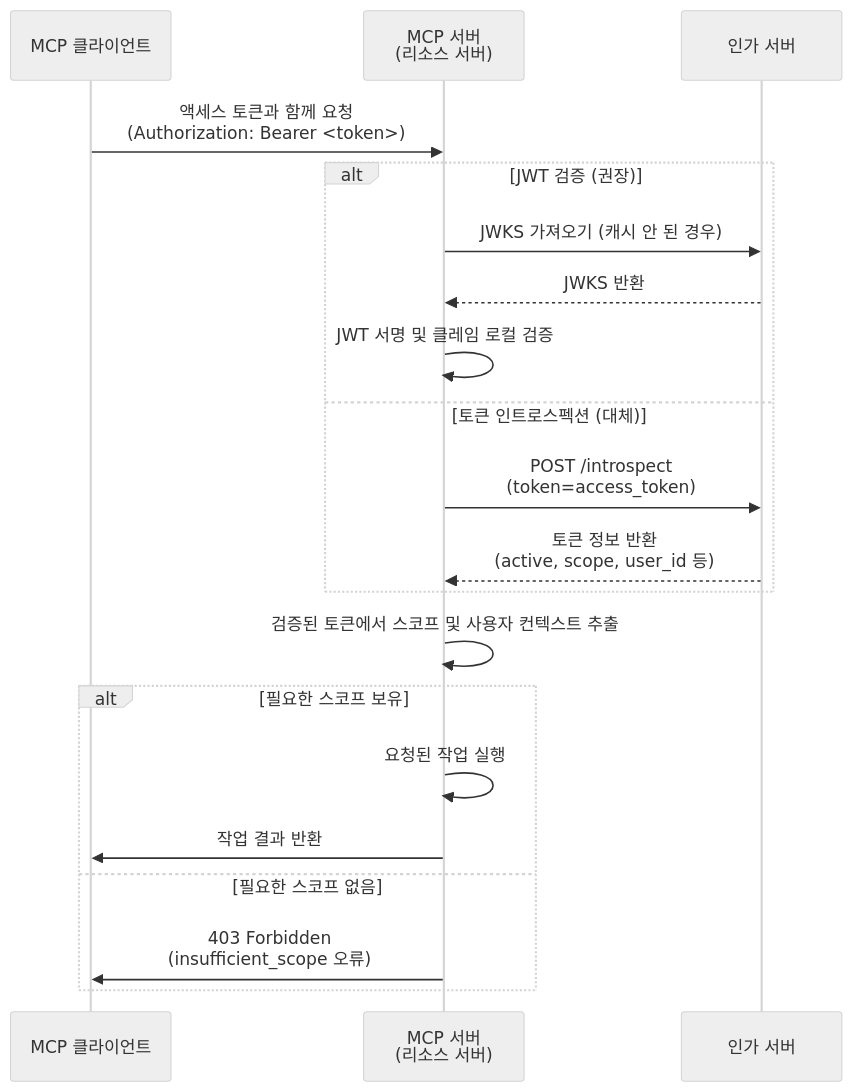
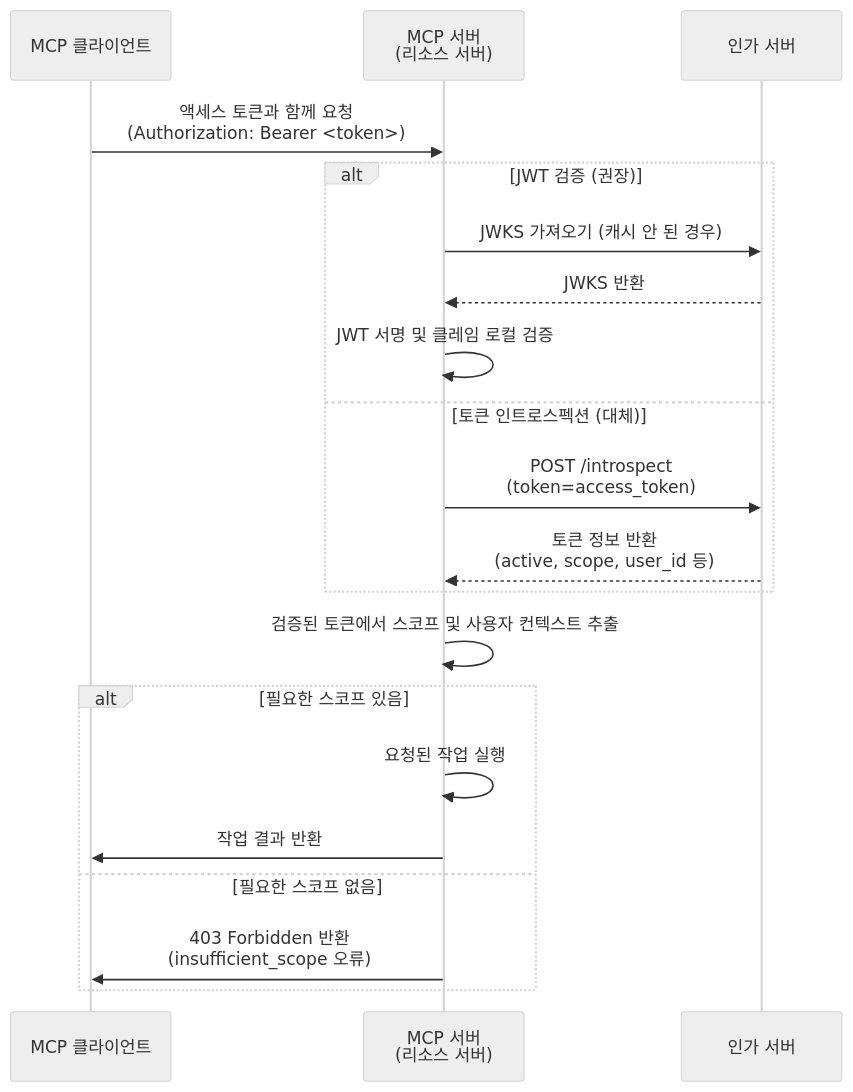
Before and after one commit to mcp-auth/docs: the second of 2 diagrams in i18n/ko/docusaurus-plugin-content-docs/current/tutorials/todo-manager/README.mdx, drawn with Mermaid (neutral theme). The commit also changed other lines of this file and 9 other files, not shown here.

````diff
--- a/i18n/ko/docusaurus-plugin-content-docs/current/tutorials/todo-manager/README.mdx
+++ b/i18n/ko/docusaurus-plugin-content-docs/current/tutorials/todo-manager/README.mdx
@@ -132,26 +132,26 @@
 ```mermaid
 sequenceDiagram
     participant Client as MCP 클라이언트
     participant Server as MCP 서버<br/>(리소스 서버)
     participant Auth as 인가 서버
 
     Client->>Server: 액세스 토큰과 함께 요청<br/>(Authorization: Bearer <token>)
 
     alt JWT 검증 (권장)
         Server->>Auth: JWKS 가져오기 (캐시 안 된 경우)
         Auth-->>Server: JWKS 반환
         Server->>Server: JWT 서명 및 클레임 로컬 검증
     else 토큰 인트로스펙션 (대체)
         Server->>Auth: POST /introspect<br/>(token=access_token)
         Auth-->>Server: 토큰 정보 반환<br/>(active, scope, user_id 등)
     end
 
     Server->>Server: 검증된 토큰에서 스코프 및 사용자 컨텍스트 추출
 
-    alt 필요한 스코프 보유
+    alt 필요한 스코프 있음
         Server->>Server: 요청된 작업 실행
         Server->>Client: 작업 결과 반환
     else 필요한 스코프 없음
-        Server->>Client: 403 Forbidden<br/>(insufficient_scope 오류)
+        Server->>Client: 403 Forbidden 반환<br/>(insufficient_scope 오류)
     end
 ```
````
